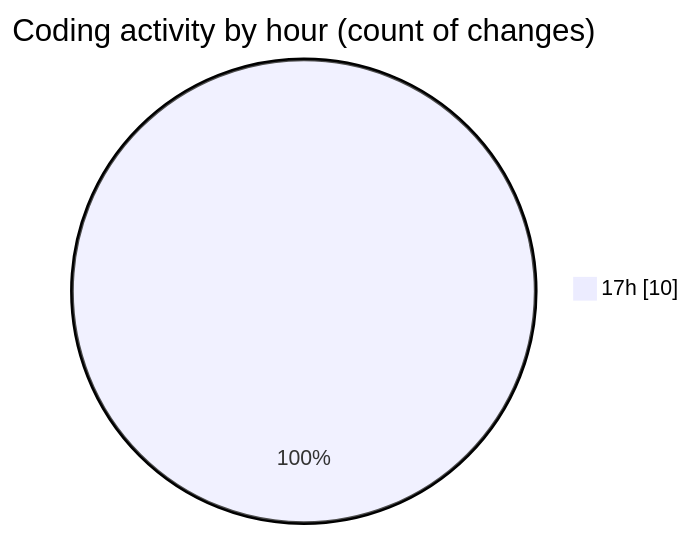
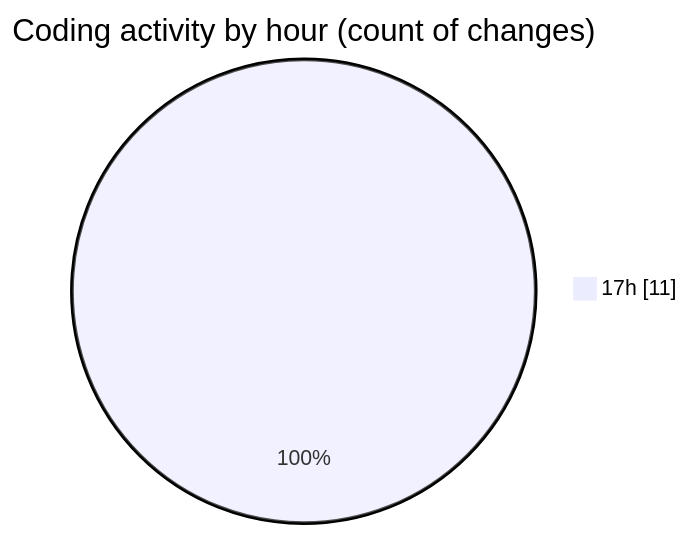
One commit to donsfak/code-tracking changed the second of 2 diagrams in 2025-02-01/maps_clone/README.md. Above: the diagram before and after it, drawn with Mermaid. The commit also changed other lines of this file and 1 other file, not shown here.

````diff
--- a/2025-02-01/maps_clone/README.md
+++ b/2025-02-01/maps_clone/README.md
@@ -35,5 +35,5 @@
 ```mermaid
 pie showData
 title Coding activity by hour (count of changes)
-"17h" : 10
+"17h" : 11
 ```
````
